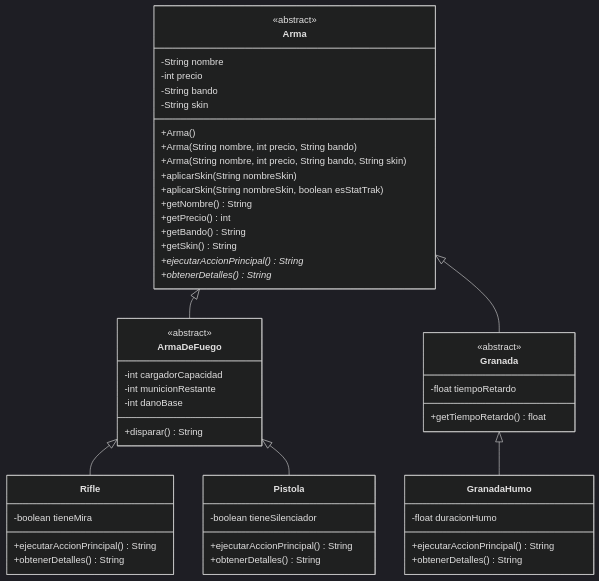
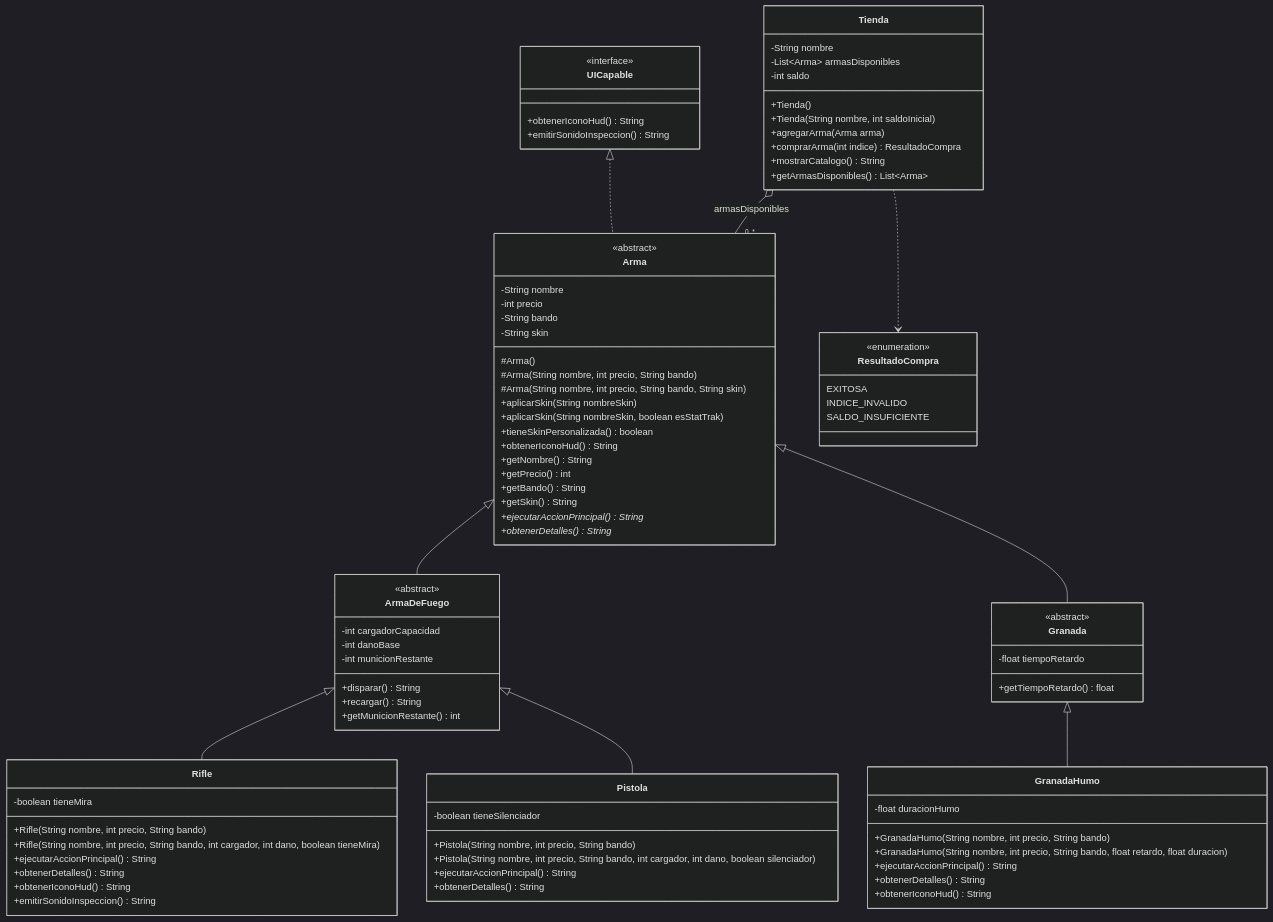
One commit to ferue/agaona-taller-git-2026 changed the diagram in README.md. Above: the diagram before and after it, drawn with Mermaid (dark theme). The commit also changed other lines of this file and 1 other file, not shown here.

````diff
--- a/README.md
+++ b/README.md
@@ -120,16 +194,24 @@
 ```mermaid
 classDiagram
+    class UICapable {
+        <<interface>>
+        +obtenerIconoHud() String
+        +emitirSonidoInspeccion() String
+    }
+
     class Arma {
         <<abstract>>
         -String nombre
         -int precio
         -String bando
         -String skin
-        +Arma()
-        +Arma(String nombre, int precio, String bando)
-        +Arma(String nombre, int precio, String bando, String skin)
+        #Arma()
+        #Arma(String nombre, int precio, String bando)
+        #Arma(String nombre, int precio, String bando, String skin)
         +aplicarSkin(String nombreSkin)
         +aplicarSkin(String nombreSkin, boolean esStatTrak)
+        +tieneSkinPersonalizada() boolean
+        +obtenerIconoHud() String
         +getNombre() String
         +getPrecio() int
         +getBando() String
@@ -141,9 +223,11 @@
     class ArmaDeFuego {
         <<abstract>>
         -int cargadorCapacidad
+        -int danoBase
         -int municionRestante
-        -int danoBase
         +disparar() String
+        +recargar() String
+        +getMunicionRestante() int
     }
 
     class Granada {
@@ -154,25 +238,56 @@
 
     class Rifle {
         -boolean tieneMira
+        +Rifle(String nombre, int precio, String bando)
+        +Rifle(String nombre, int precio, String bando, int cargador, int dano, boolean tieneMira)
         +ejecutarAccionPrincipal() String
         +obtenerDetalles() String
+        +obtenerIconoHud() String
+        +emitirSonidoInspeccion() String
     }
 
     class Pistola {
         -boolean tieneSilenciador
+        +Pistola(String nombre, int precio, String bando)
+        +Pistola(String nombre, int precio, String bando, int cargador, int dano, boolean silenciador)
         +ejecutarAccionPrincipal() String
         +obtenerDetalles() String
     }
 
     class GranadaHumo {
         -float duracionHumo
+        +GranadaHumo(String nombre, int precio, String bando)
+        +GranadaHumo(String nombre, int precio, String bando, float retardo, float duracion)
         +ejecutarAccionPrincipal() String
         +obtenerDetalles() String
+        +obtenerIconoHud() String
     }
 
+    class Tienda {
+        -String nombre
+        -List~Arma~ armasDisponibles
+        -int saldo
+        +Tienda()
+        +Tienda(String nombre, int saldoInicial)
+        +agregarArma(Arma arma)
+        +comprarArma(int indice) ResultadoCompra
+        +mostrarCatalogo() String
+        +getArmasDisponibles() List~Arma~
+    }
+
+    class ResultadoCompra {
+        <<enumeration>>
+        EXITOSA
+        INDICE_INVALIDO
+        SALDO_INSUFICIENTE
+    }
+
+    UICapable <|.. Arma
     Arma <|-- ArmaDeFuego
     Arma <|-- Granada
     ArmaDeFuego <|-- Rifle
     ArmaDeFuego <|-- Pistola
     Granada <|-- GranadaHumo
+    Tienda o-- "0..*" Arma : armasDisponibles
+    Tienda ..> ResultadoCompra
 ```
````
